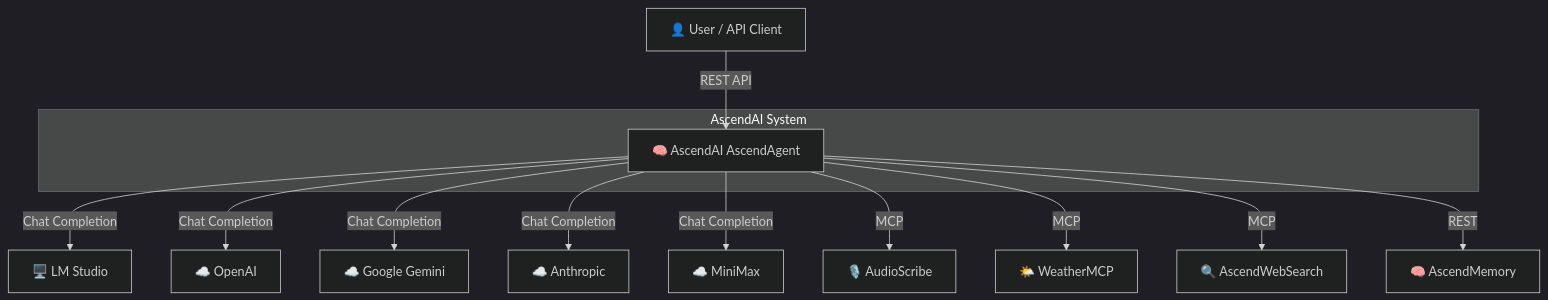
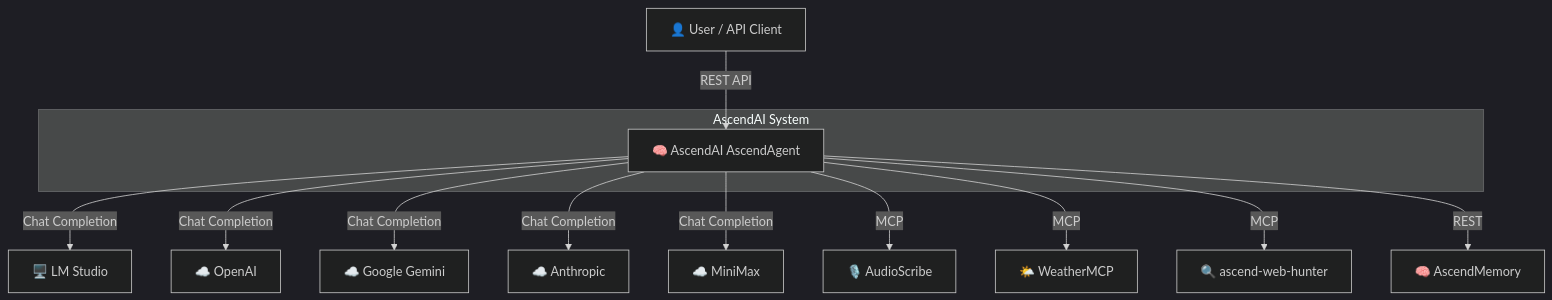
Before and after one commit to Lukk17/AscendAI: the diagram in AscendAgent/docs/architecture/diagrams/context-diagram.md, drawn with Mermaid (dark theme). The commit also changed 422 other files, not shown here.

````diff
--- a/AscendAgent/docs/architecture/diagrams/context-diagram.md
+++ b/AscendAgent/docs/architecture/diagrams/context-diagram.md
@@ -3,29 +3,29 @@
 ```mermaid
 graph TB
     User["👤 User / API Client"]
 
     subgraph "AscendAI System"
         AscendAgent["🧠 AscendAI AscendAgent"]
     end
 
     LMStudio["🖥️ LM Studio"]
     OpenAI["☁️ OpenAI"]
     Gemini["☁️ Google Gemini"]
     Anthropic["☁️ Anthropic"]
     MiniMax["☁️ MiniMax"]
     AudioScribe["🎙️ AudioScribe"]
     Weather["🌤️ WeatherMCP"]
-    WebSearch["🔍 AscendWebSearch"]
+    WebHunter["🔍 ascend-web-hunter"]
     Memory["🧠 AscendMemory"]
 
     User -->|"REST API"| AscendAgent
     AscendAgent -->|"Chat Completion"| LMStudio
     AscendAgent -->|"Chat Completion"| OpenAI
     AscendAgent -->|"Chat Completion"| Gemini
     AscendAgent -->|"Chat Completion"| Anthropic
     AscendAgent -->|"Chat Completion"| MiniMax
     AscendAgent -->|"MCP"| AudioScribe
     AscendAgent -->|"MCP"| Weather
-    AscendAgent -->|"MCP"| WebSearch
+    AscendAgent -->|"MCP"| WebHunter
     AscendAgent -->|"REST"| Memory
 ```
````
